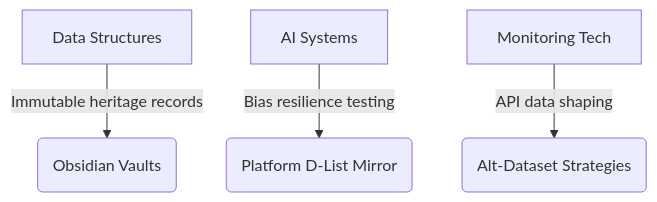
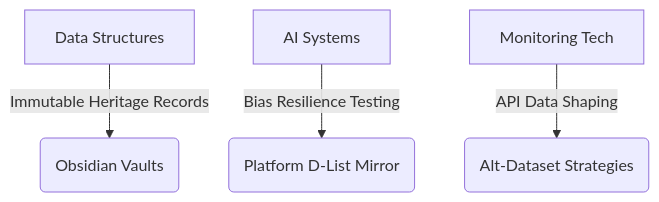
Before and after one commit to digitalscorpyun/anacostia-vault: the first of 2 diagrams in obsidian_fortress/agents/session_logs/cg_scribe_handoff.md, drawn with Mermaid. The commit also changed other lines of this file and 3 other files, not shown here.

````diff
--- a/obsidian_fortress/agents/session_logs/cg_scribe_handoff.md
+++ b/obsidian_fortress/agents/session_logs/cg_scribe_handoff.md
@@ -41,6 +44,6 @@
-   ```mermaid
-   graph TD
-     A[Data Structures] -->|Immutable heritage records| B(Obsidian Vaults)
-     C[AI Systems] -->|Bias resilience testing| D(Platform D-List Mirror)
-     E[Monitoring Tech] -->|API data shaping| F(Alt-Dataset Strategies)
+```mermaid
+graph TD
+  A[Data Structures] -->|Immutable Heritage Records| B(Obsidian Vaults)
+  C[AI Systems] -->|Bias Resilience Testing| D(Platform D-List Mirror)
+  E[Monitoring Tech] -->|API Data Shaping| F(Alt-Dataset Strategies)
 ```
````
